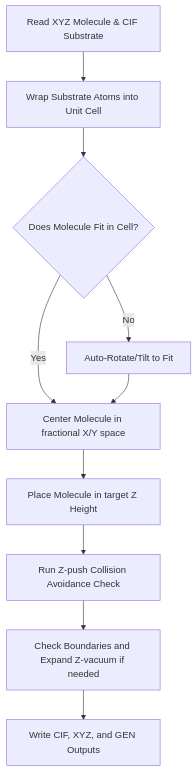
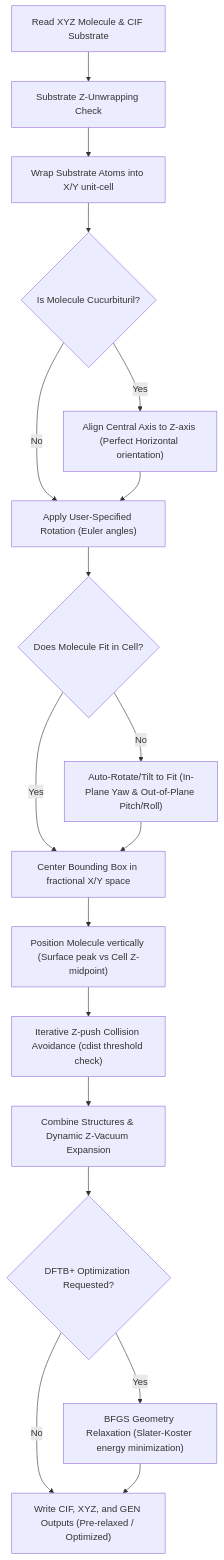
One commit to KalEktor/PyHyb changed the diagram in README.md. Above: the diagram before and after it, drawn with Mermaid.

Commit message:
docs: update workflow operations diagram in README to reflect actual algorithm steps

````diff
--- a/README.md
+++ b/README.md
@@ -162,12 +162,20 @@
 ```mermaid
 graph TD
-    A["Read XYZ Molecule & CIF Substrate"] --> B["Wrap Substrate Atoms into Unit Cell"]
-    B --> C{"Does Molecule Fit in Cell?"}
-    C -->|No| D["Auto-Rotate/Tilt to Fit"]
-    C -->|Yes| E["Center Molecule in fractional X/Y space"]
-    D --> E
-    E --> F["Place Molecule in target Z Height"]
-    F --> G["Run Z-push Collision Avoidance Check"]
-    G --> H["Check Boundaries and Expand Z-vacuum if needed"]
-    H --> I["Write CIF, XYZ, and GEN Outputs"]
+    A["Read XYZ Molecule & CIF Substrate"] --> B["Substrate Z-Unwrapping Check"]
+    B --> C["Wrap Substrate Atoms into X/Y unit-cell"]
+    C --> D{"Is Molecule Cucurbituril?"}
+    D -->|Yes| E["Align Central Axis to Z-axis (Perfect Horizontal orientation)"]
+    D -->|No| F["Apply User-Specified Rotation (Euler angles)"]
+    E --> F
+    F --> G{"Does Molecule Fit in Cell?"}
+    G -->|No| H["Auto-Rotate/Tilt to Fit (In-Plane Yaw & Out-of-Plane Pitch/Roll)"]
+    G -->|Yes| I["Center Bounding Box in fractional X/Y space"]
+    H --> I
+    I --> J["Position Molecule vertically (Surface peak vs Cell Z-midpoint)"]
+    J --> K["Iterative Z-push Collision Avoidance (cdist threshold check)"]
+    K --> L["Combine Structures & Dynamic Z-Vacuum Expansion"]
+    L --> M{"DFTB+ Optimization Requested?"}
+    M -->|Yes| N["BFGS Geometry Relaxation (Slater-Koster energy minimization)"]
+    M -->|No| O["Write CIF, XYZ, and GEN Outputs (Pre-relaxed / Optimized)"]
+    N --> O
 ```
````
